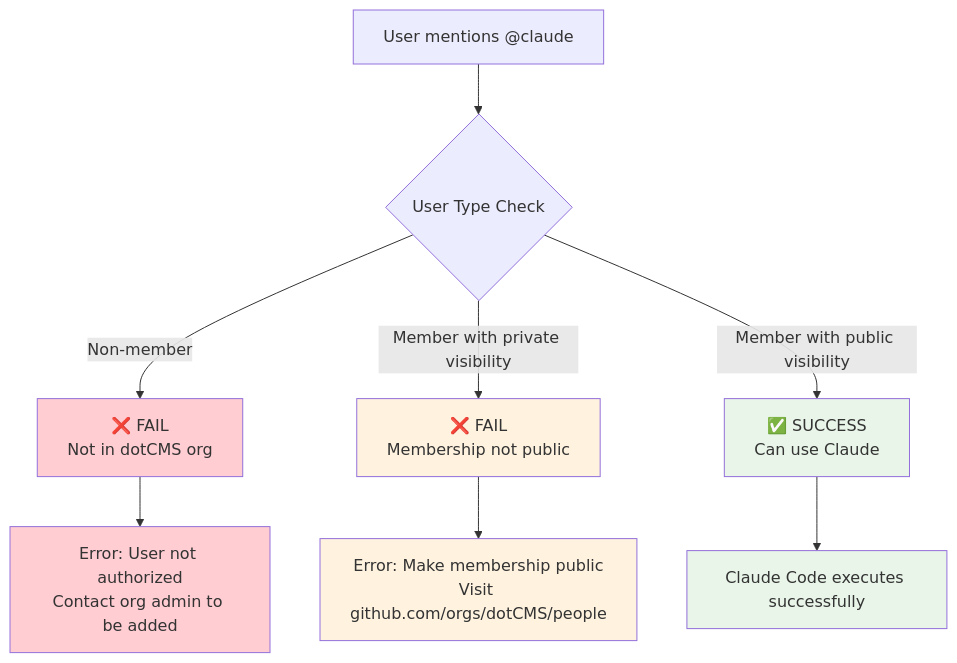
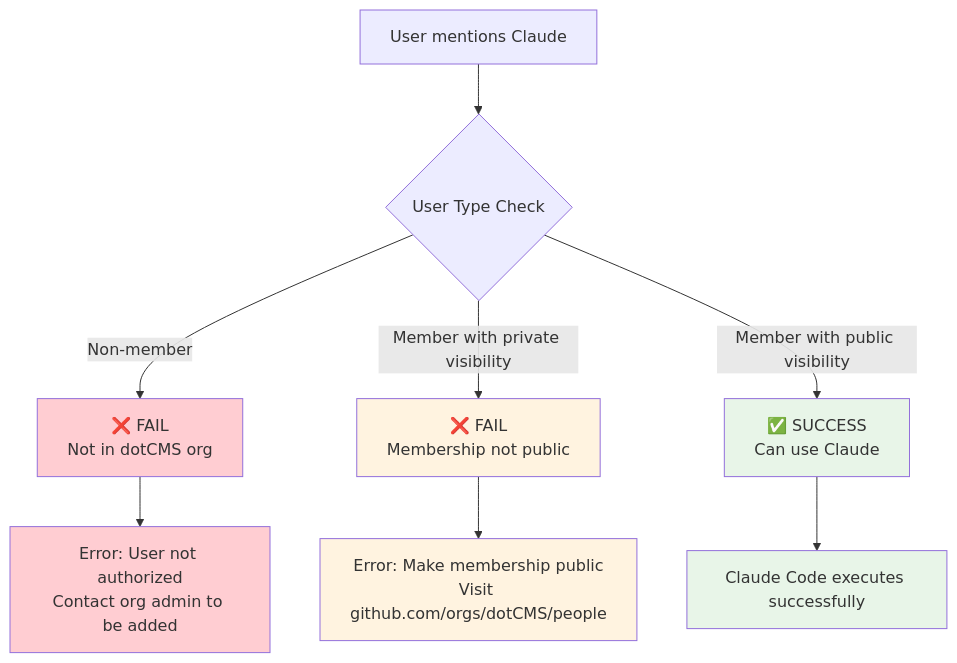
The fourth of 10 diagrams in docs/core/GITHUB_WORKFLOWS_VISUAL.md (dotCMS/core), drawn with Mermaid before and after one commit. The commit also changed other lines of this file and 1 other file, not shown here.

First line of the commit message:
fix: clean up mermaid diagrams and add local validation script

````diff
--- a/docs/core/GITHUB_WORKFLOWS_VISUAL.md
+++ b/docs/core/GITHUB_WORKFLOWS_VISUAL.md
@@ -123,19 +123,19 @@
 ```mermaid
 graph TD
-    A[User mentions @claude] --> B{User Type Check}
+    A[User mentions Claude] --> B{User Type Check}
     
     B -->|Non-member| C[❌ FAIL<br/>Not in dotCMS org]
     B -->|Member with private visibility| D[❌ FAIL<br/>Membership not public]
     B -->|Member with public visibility| E[✅ SUCCESS<br/>Can use Claude]
     
     C --> F[Error: User not authorized<br/>Contact org admin to be added]
     D --> G[Error: Make membership public<br/>Visit github.com/orgs/dotCMS/people]
     E --> H[Claude Code executes successfully]
     
     style C fill:#ffcdd2
     style D fill:#fff3e0
     style E fill:#e8f5e8
     style F fill:#ffcdd2
     style G fill:#fff3e0
     style H fill:#e8f5e8
 ```
````
